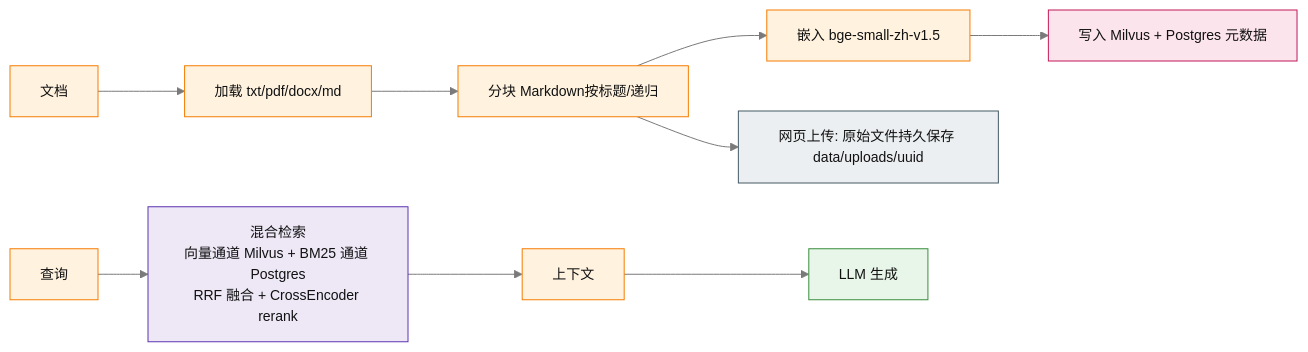
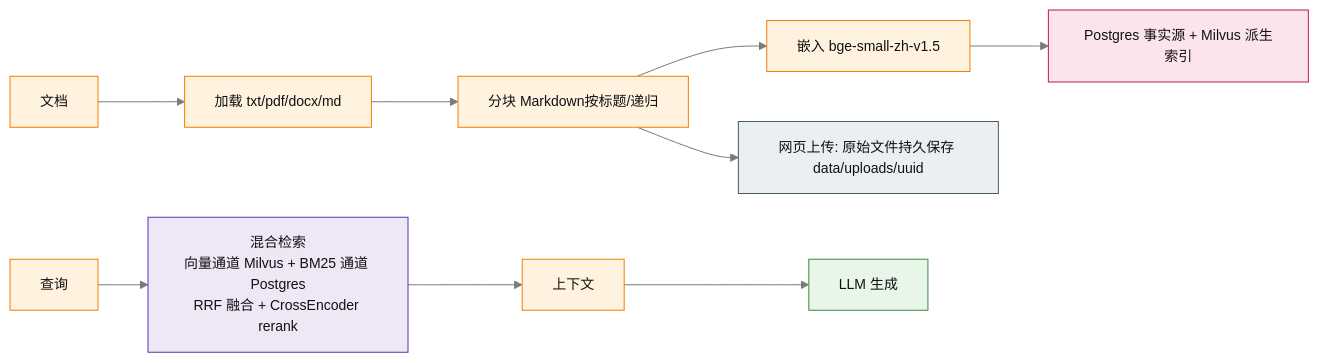
One commit to Zhuliqx/Agentchat changed the third of 4 diagrams in docs/ARCHITECTURE.md. Above: the diagram before and after it, drawn with Mermaid. The commit also changed other lines of this file and 21 other files, not shown here.

Commit message:
docs: 文档重构——新增文档地图/唯一基线/实验快照，面试向内容拆分，接入漂移检查

````diff
--- a/docs/ARCHITECTURE.md
+++ b/docs/ARCHITECTURE.md
@@ -112,14 +116,14 @@
 ```mermaid
 %%{init: {"theme":"base", "themeVariables": {"primaryColor":"#ecf3ff", "primaryBorderColor":"#3b6fd4", "primaryTextColor":"#111", "lineColor":"#7a7a7a", "fontSize":"14px", "clusterBkg":"#f7f8fa", "clusterBorder":"#c4c9d2", "secondaryColor":"#fef9ef", "tertiaryColor":"#f2f7f2", "actorBkg":"#ecf3ff", "actorBorder":"#3b6fd4", "noteBkg":"#fef9ef"}}}%%
 flowchart LR
     classDef agent fill:#e8f5e9,stroke:#388e3c
     classDef api fill:#ede7f6,stroke:#5e35b1
     classDef mem fill:#fce4ec,stroke:#c2185b
     classDef rag fill:#fff3e0,stroke:#f57c00
     classDef tool fill:#eceff1,stroke:#455a64
     D[文档]:::rag --> L[加载 txt/pdf/docx/md]:::rag --> C[分块 Markdown按标题/递归]:::rag
-    C --> E[嵌入 bge-small-zh-v1.5]:::rag --> W[写入 Milvus + Postgres 元数据]:::mem
+    C --> E[嵌入 bge-small-zh-v1.5]:::rag --> W[Postgres 事实源 + Milvus 派生索引]:::mem
     C --> U[网页上传: 原始文件持久保存 data/uploads/uuid]:::tool
     Q[查询]:::rag --> H[混合检索<br>向量通道 Milvus + BM25 通道 Postgres<br>RRF 融合 + CrossEncoder rerank]:::api
     H --> CTX[上下文]:::rag --> GEN[LLM 生成]:::agent
 ```
````
